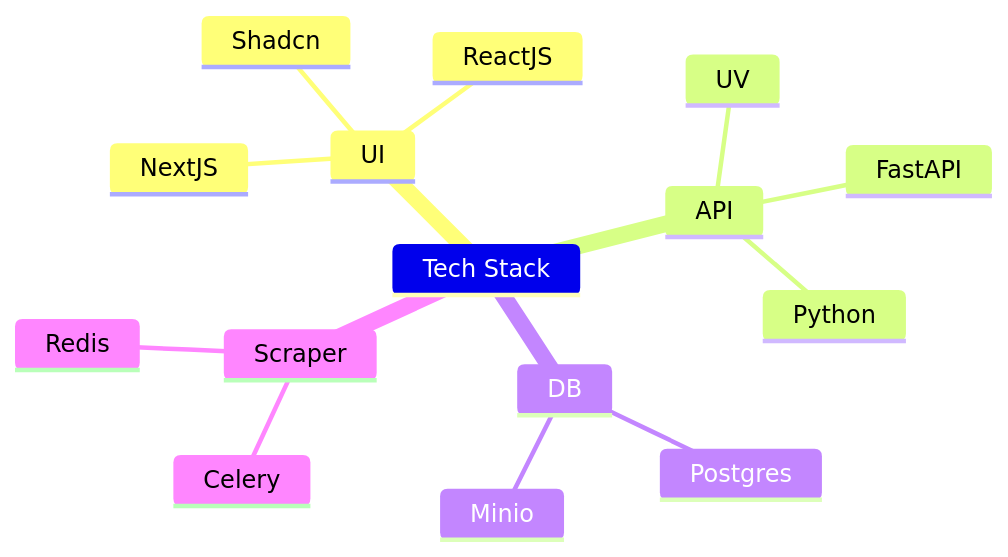
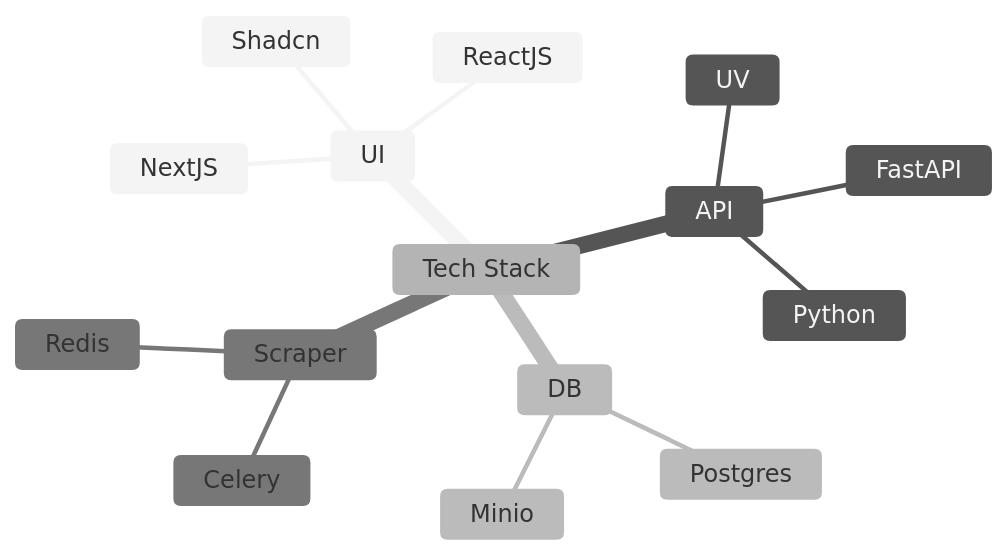
The diagram in docs/README.md (tejas0908/EasyScraper), drawn with Mermaid before and after one commit.

Commit message:
tech stack mermaid diagram

````diff
--- a/docs/README.md
+++ b/docs/README.md
@@ -5,18 +5,23 @@
 ```mermaid
+%%{
+    init: {
+        'theme': 'neutral'
+    }
+}%%
 mindmap
     Tech Stack
         UI
             NextJS
             ReactJS
             Shadcn
         API
             UV
             FastAPI
             Python
         DB
             Postgres
             Minio
         Scraper
             Celery
             Redis
 ```
````
